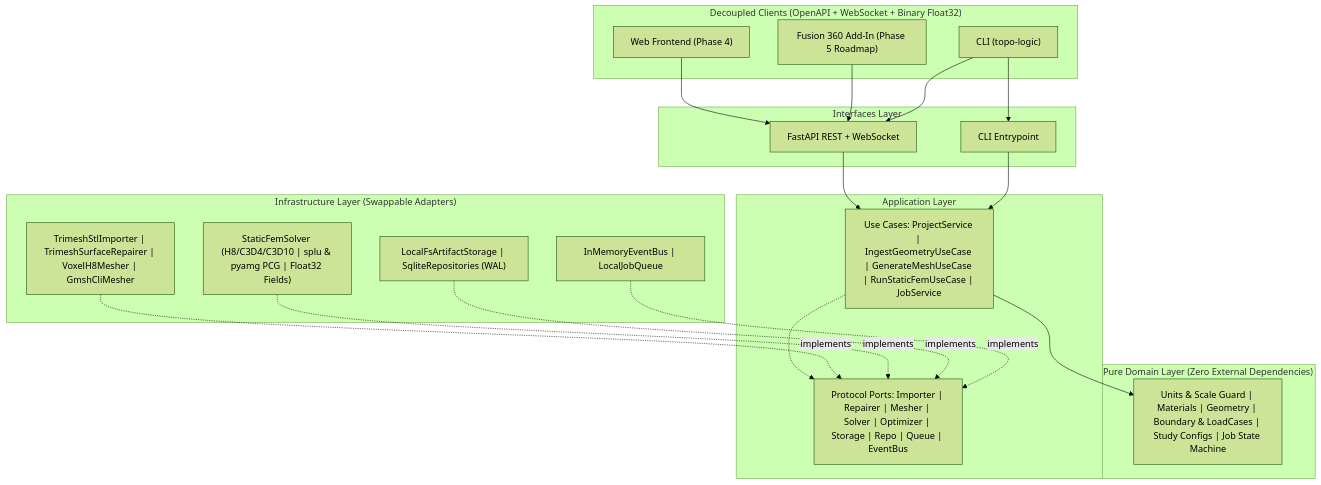
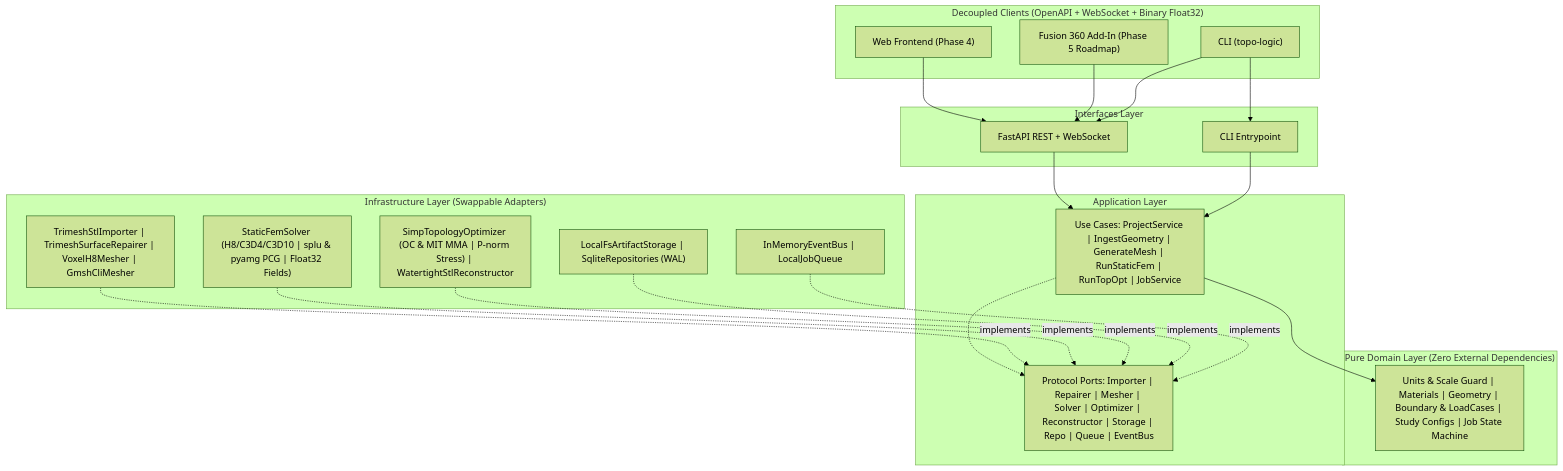
One commit to brunoBarros45/Topo_Logic changed the diagram in README.md. Above: the diagram before and after it, drawn with Mermaid (forest theme). The commit also changed other lines of this file and 4 other files, not shown here.

Commit message:
docs(topopt): update README, ROADMAP, CHANGELOG, and Spanish specs for Milestone 3

````diff
--- a/README.md
+++ b/README.md
@@ -32,36 +32,37 @@
 ```mermaid
 flowchart TB
     subgraph Clients["Decoupled Clients (OpenAPI + WebSocket + Binary Float32)"]
         WEB["Web Frontend (Phase 4)"]
         FUSION["Fusion 360 Add-In (Phase 5 Roadmap)"]
         CLI["CLI (topo-logic)"]
     end
 
     subgraph Interfaces["Interfaces Layer"]
         API["FastAPI REST + WebSocket"]
         CLICMD["CLI Entrypoint"]
     end
 
     subgraph Application["Application Layer"]
-        UC["Use Cases: ProjectService | IngestGeometryUseCase | GenerateMeshUseCase | RunStaticFemUseCase | JobService"]
-        PORTS["Protocol Ports: Importer | Repairer | Mesher | Solver | Optimizer | Storage | Repo | Queue | EventBus"]
+        UC["Use Cases: ProjectService | IngestGeometry | GenerateMesh | RunStaticFem | RunTopOpt | JobService"]
+        PORTS["Protocol Ports: Importer | Repairer | Mesher | Solver | Optimizer | Reconstructor | Storage | Repo | Queue | EventBus"]
     end
 
     subgraph Domain["Pure Domain Layer (Zero External Dependencies)"]
         DOM["Units & Scale Guard | Materials | Geometry | Boundary & LoadCases | Study Configs | Job State Machine"]
     end
 
     subgraph Infrastructure["Infrastructure Layer (Swappable Adapters)"]
         MESH["TrimeshStlImporter | TrimeshSurfaceRepairer | VoxelH8Mesher | GmshCliMesher"]
         FEM["StaticFemSolver (H8/C3D4/C3D10 | splu & pyamg PCG | Float32 Fields)"]
+        TOPOPT["SimpTopologyOptimizer (OC & MIT MMA | P-norm Stress) | WatertightStlReconstructor"]
         STORE["LocalFsArtifactStorage | SqliteRepositories (WAL)"]
         EXEC["InMemoryEventBus | LocalJobQueue"]
     end
 
     WEB & FUSION & CLI --> API
     CLI --> CLICMD
     API & CLICMD --> UC
     UC --> DOM
     UC -.-> PORTS
-    MESH & FEM & STORE & EXEC -.implements.-> PORTS
+    MESH & FEM & TOPOPT & STORE & EXEC -.implements.-> PORTS
 ```
````
